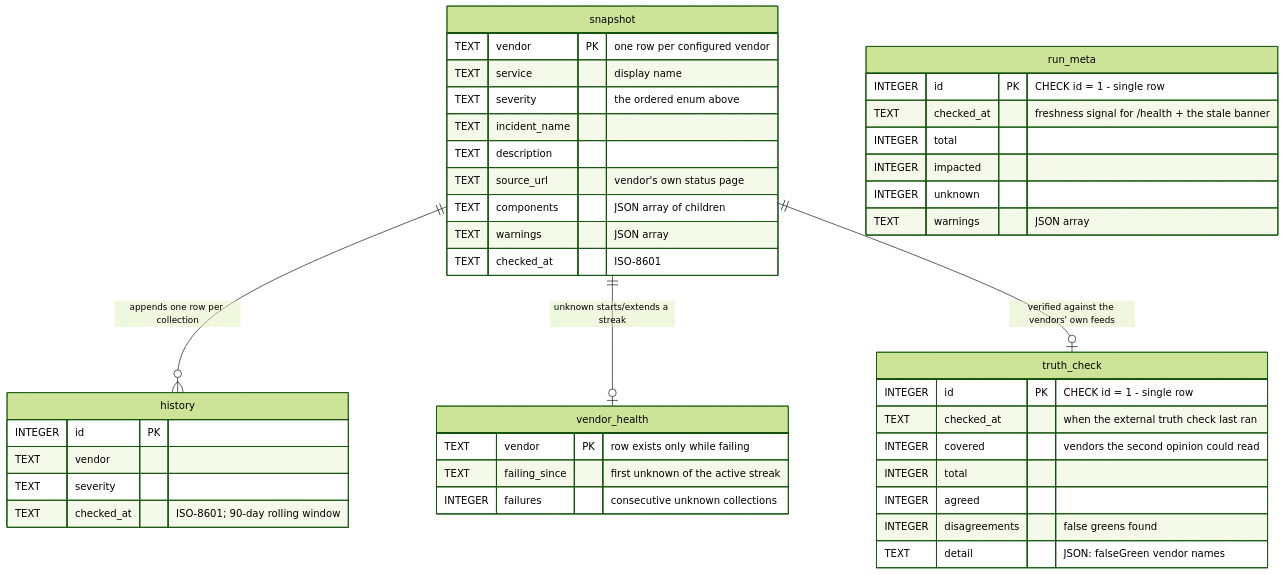
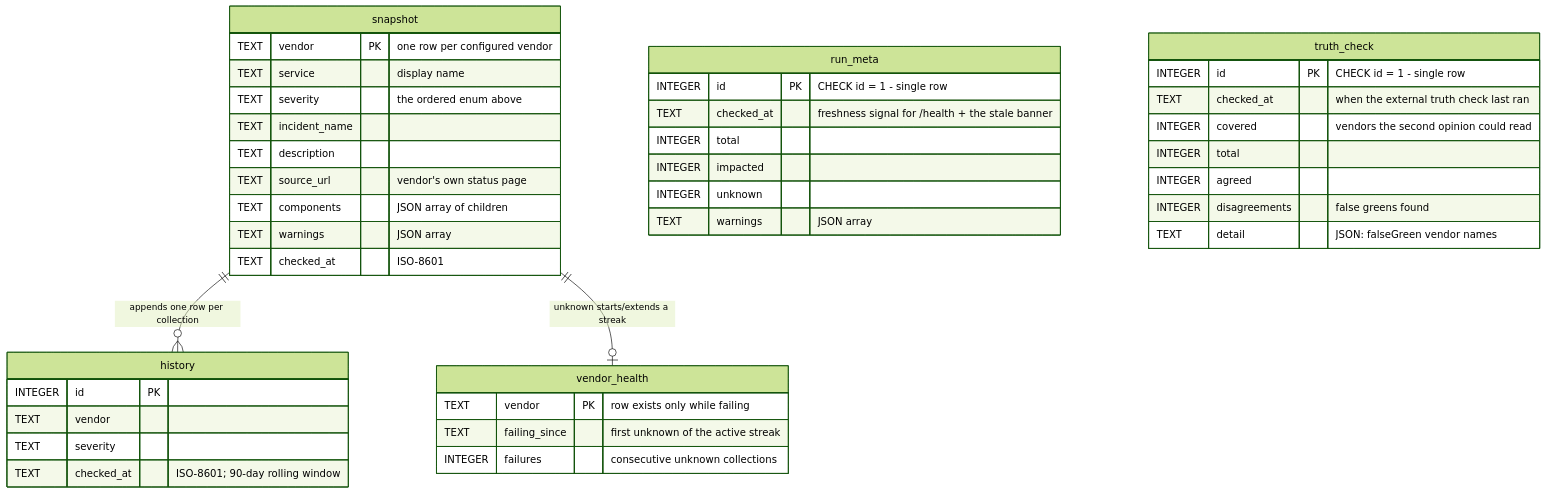
Before and after one commit to bjgreenberg/vendor-dashboard: the second of 2 diagrams in README.md, drawn with Mermaid (forest theme). The commit also changed 2 other files, not shown here.

Commit message:
fix(truth-check): bound checkedAt; the ERD no longer draws a snapshot→truth_check relation that does not exist (Copilot review 2, #132)

````diff
--- a/README.md
+++ b/README.md
@@ -141,45 +141,44 @@
 ```mermaid
 erDiagram
     snapshot {
         TEXT vendor PK "one row per configured vendor"
         TEXT service "display name"
         TEXT severity "the ordered enum above"
         TEXT incident_name
         TEXT description
         TEXT source_url "vendor's own status page"
         TEXT components "JSON array of children"
         TEXT warnings "JSON array"
         TEXT checked_at "ISO-8601"
     }
     history {
         INTEGER id PK
         TEXT vendor
         TEXT severity
         TEXT checked_at "ISO-8601; 90-day rolling window"
     }
     run_meta {
         INTEGER id PK "CHECK id = 1 - single row"
         TEXT checked_at "freshness signal for /health + the stale banner"
         INTEGER total
         INTEGER impacted
         INTEGER unknown
         TEXT warnings "JSON array"
     }
     vendor_health {
         TEXT vendor PK "row exists only while failing"
         TEXT failing_since "first unknown of the active streak"
         INTEGER failures "consecutive unknown collections"
     }
     truth_check {
         INTEGER id PK "CHECK id = 1 - single row"
         TEXT checked_at "when the external truth check last ran"
         INTEGER covered "vendors the second opinion could read"
         INTEGER total
         INTEGER agreed
         INTEGER disagreements "false greens found"
         TEXT detail "JSON: falseGreen vendor names"
     }
     snapshot ||--o{ history : "appends one row per collection"
     snapshot ||--o| vendor_health : "unknown starts/extends a streak"
-    snapshot ||--o| truth_check : "verified against the vendors' own feeds"
 ```
````
